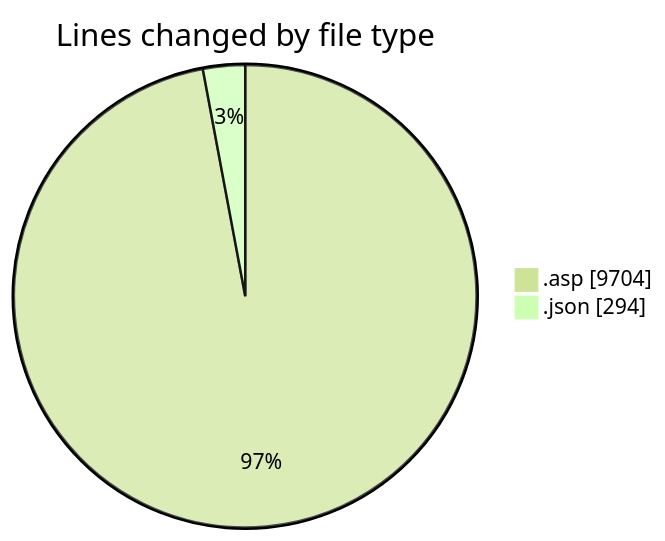
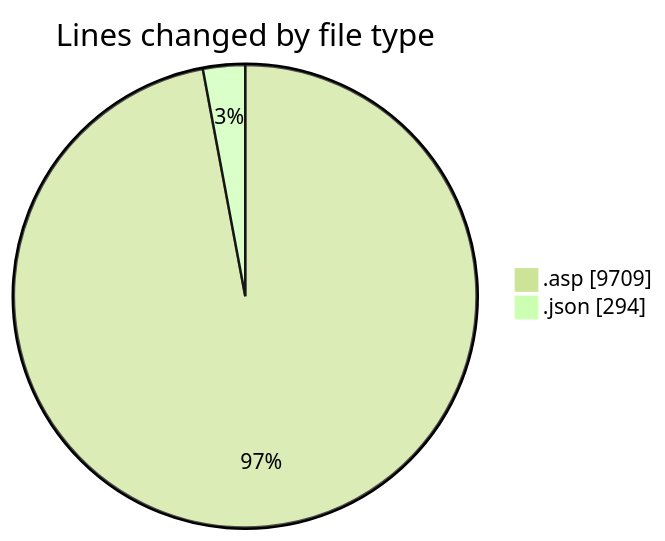
The first of 2 diagrams in 2025-10-27/usr_aleoudev_fr__workspace_/README.md (julien-gomy/code-tracking), drawn with Mermaid (forest theme) before and after one commit. The commit also changed other lines of this file and 1 other file, not shown here.

````diff
--- a/2025-10-27/usr_aleoudev_fr__workspace_/README.md
+++ b/2025-10-27/usr_aleoudev_fr__workspace_/README.md
@@ -28,6 +28,6 @@
 ```mermaid
 pie showData
 title Lines changed by file type
-".asp" : 9704
+".asp" : 9709
 ".json" : 294
 ```
````
